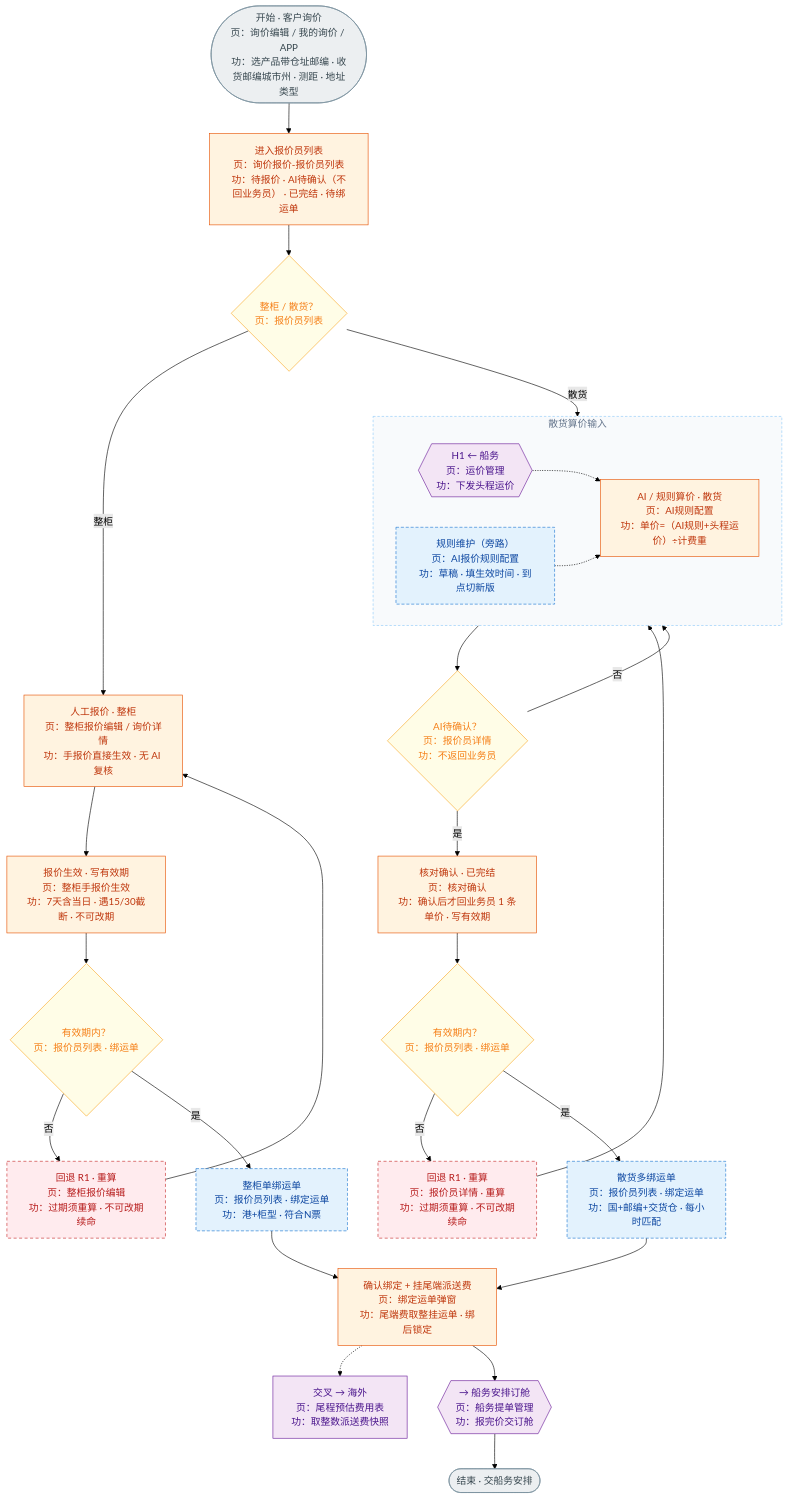
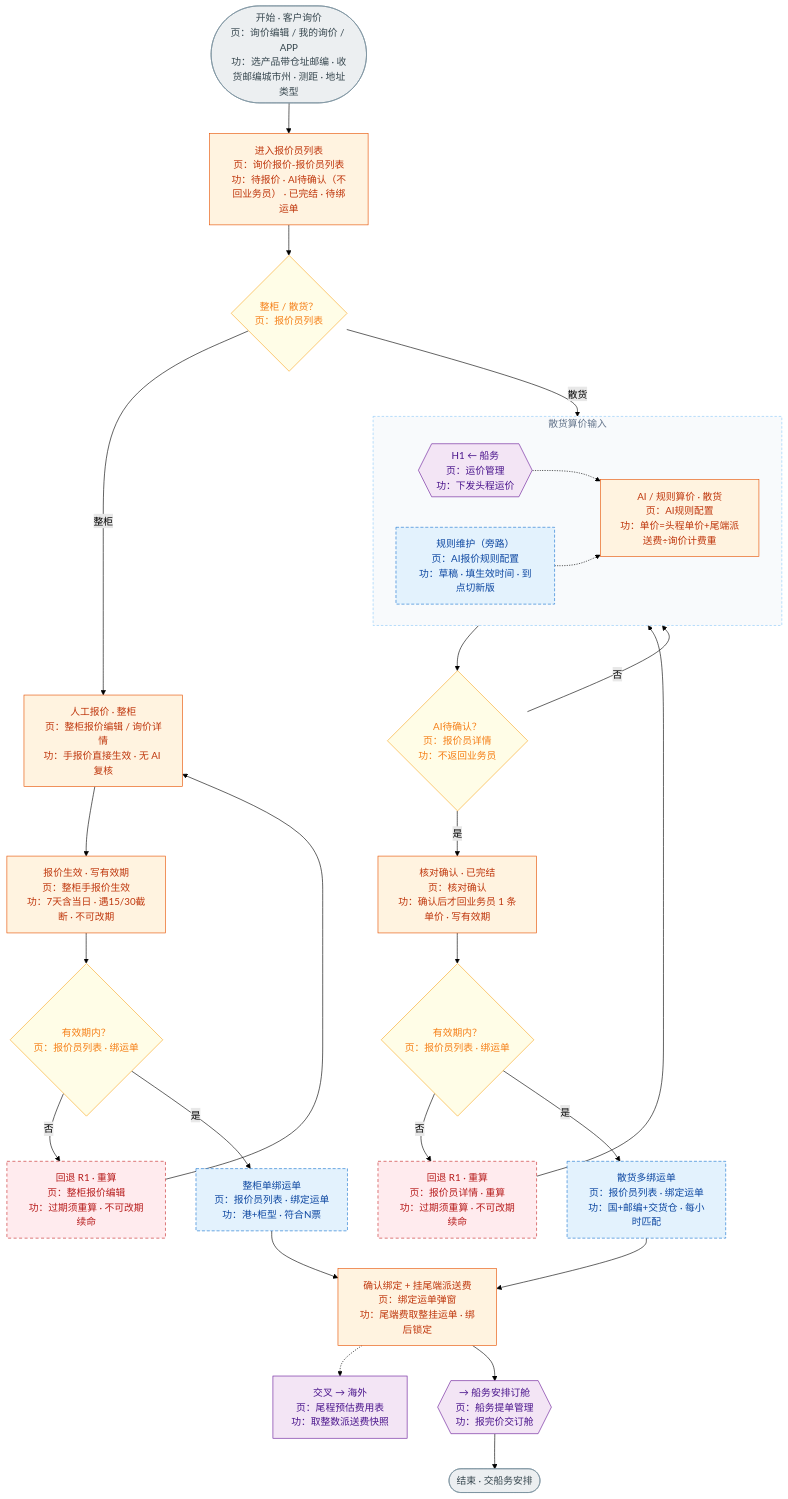
Before and after one commit to 271935452-lab/-: the diagram in 产品部门/各组sop/流程图/drawio-mmd/G1-私卡报价-组流程.mmd, drawn with Mermaid (forest theme). The commit also changed 54 other files, not shown here.

```diff
--- a/产品部门/各组sop/流程图/drawio-mmd/G1-私卡报价-组流程.mmd
+++ b/产品部门/各组sop/流程图/drawio-mmd/G1-私卡报价-组流程.mmd
@@ -1,51 +1,51 @@
 %% 私卡报价组 · 组流程图 · 全流程按组拆分
 %% 覆盖：S1 询价报价 · 绑运单（船务下发头程运价）
 %% 交接：H1←船务（头程运价）· 报完价→船务安排订舱 · 尾端费快照→海外
 %% 节点标注：第二行「页」= 原型页面 · 第三行「功」= 页面功能
 %% draw.io：排列 → 插入 → 高级 → Mermaid…
 
 flowchart TB
   START(["开始 · 客户询价<br/>页：询价编辑 / 我的询价 / APP<br/>功：选产品带仓址邮编 · 收货邮编城市州 · 测距 · 地址类型"])
   START --> A["进入报价员列表<br/>页：询价报价-报价员列表<br/>功：待报价 · AI待确认（不回业务员） · 已完结 · 待绑运单"]
   A --> TYPE{"整柜 / 散货？<br/>页：报价员列表"}
   TYPE -->|整柜| BF["人工报价 · 整柜<br/>页：整柜报价编辑 / 询价详情<br/>功：手报价直接生效 · 无 AI 复核"]
   TYPE -->|散货| BL
   subgraph LCLFEED["散货算价输入"]
     direction LR
     H1{{"H1 ← 船务<br/>页：运价管理<br/>功：下发头程运价"}}
-    BL["AI / 规则算价 · 散货<br/>页：AI规则配置<br/>功：单价=（AI规则+头程运价）÷计费重"]
+    BL["AI / 规则算价 · 散货<br/>页：AI规则配置<br/>功：单价=头程单价+尾端派送费÷询价计费重"]
     RULE["规则维护（旁路）<br/>页：AI报价规则配置<br/>功：草稿 · 填生效时间 · 到点切新版"]
   end
   H1 -.-> BL
   RULE -.-> BL
   BF --> DF["报价生效 · 写有效期<br/>页：整柜手报价生效<br/>功：7天含当日 · 遇15/30截断 · 不可改期"]
   BL --> CL{"AI待确认？<br/>页：报价员详情<br/>功：不返回业务员"}
   CL -->|否| BL
   CL -->|是| DL["核对确认 · 已完结<br/>页：核对确认<br/>功：确认后才回业务员 1 条单价 · 写有效期"]
   DF --> EF{"有效期内？<br/>页：报价员列表 · 绑运单"}
   DL --> EL{"有效期内？<br/>页：报价员列表 · 绑运单"}
   EF -->|否| R1F["回退 R1 · 重算<br/>页：整柜报价编辑<br/>功：过期须重算 · 不可改期续命"]
   EL -->|否| R1L["回退 R1 · 重算<br/>页：报价员详情 · 重算<br/>功：过期须重算 · 不可改期续命"]
   R1F --> BF
   R1L --> BL
   EF -->|是| G1["整柜单绑运单<br/>页：报价员列表 · 绑定运单<br/>功：港+柜型 · 符合N票"]
   EL -->|是| G2["散货多绑运单<br/>页：报价员列表 · 绑定运单<br/>功：国+邮编+交货仓 · 每小时匹配"]
   G1 --> H["确认绑定 + 挂尾端派送费<br/>页：绑定运单弹窗<br/>功：尾端费取整挂运单 · 绑后锁定"]
   G2 --> H
   H -.-> HW["交叉 → 海外<br/>页：尾程预估费用表<br/>功：取整数派送费快照"]
   H --> HX{{"→ 船务安排订舱<br/>页：船务提单管理<br/>功：报完价交订舱"}}
   HX --> END(["结束 · 交船务安排"])
 
   classDef step fill:#FFF3E0,stroke:#E65100,color:#BF360C
   classDef dec fill:#FFFDE7,stroke:#F9A825,color:#F57F17
   classDef cross fill:#F3E5F5,stroke:#6A1B9A,color:#4A148C
   classDef back fill:#FFEBEE,stroke:#C62828,color:#B71C1C,stroke-dasharray: 5 4
   classDef para fill:#E3F2FD,stroke:#1976D2,color:#0D47A1,stroke-dasharray: 5 3
   classDef endn fill:#ECEFF1,stroke:#78909C,color:#37474F
   class A,BF,BL,DF,DL,H step
   class TYPE,CL,EF,EL dec
   class G1,G2,RULE para
   class H1,HW,HX cross
   class R1F,R1L back
   class START,END endn
   style LCLFEED fill:#F8FAFC,stroke:#90CAF9,stroke-dasharray:4 3,color:#64748b
```
